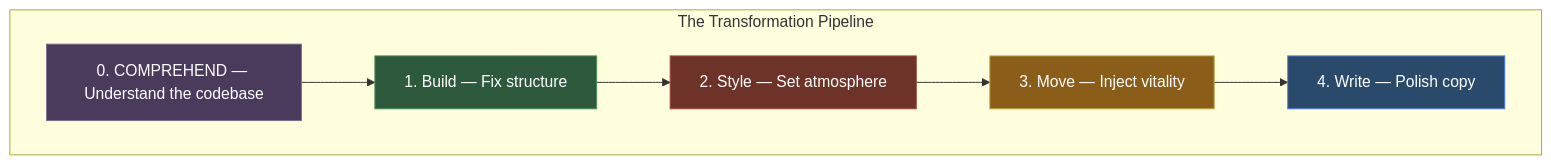
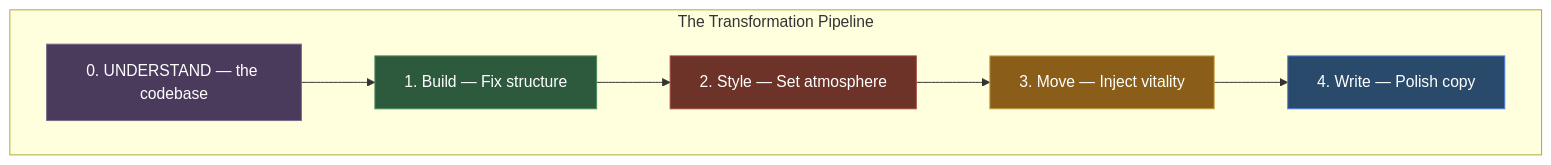
The third of 4 diagrams in README.md (akshansh/agentic-design-engineering), drawn with Mermaid before and after one commit. The commit also changed other lines of this file and 17 other files, not shown here.

First line of the commit message:
Rename Step 0 from Comprehend to Understand

````diff
--- a/README.md
+++ b/README.md
@@ -157,15 +157,15 @@
 ```mermaid
 graph TD
     subgraph "The Transformation Pipeline"
-        S0["0. COMPREHEND — Understand the codebase"] --> CL["1. Build — Fix structure"]
+        S0["0. UNDERSTAND — the codebase"] --> CL["1. Build — Fix structure"]
         CL --> PL["2. Style — Set atmosphere"]
         PL --> AL["3. Move — Inject vitality"]
         AL --> VO["4. Write — Polish copy"]
     end
 
     style S0 fill:#4a3a5c,stroke:#7a6a8c,color:#fff
     style CL fill:#2d5a3d,stroke:#4a8c5c,color:#fff
     style PL fill:#6e3328,stroke:#a04d3e,color:#fff
     style AL fill:#8a5d18,stroke:#c9a44a,color:#fff
     style VO fill:#2a4a6b,stroke:#5282ef,color:#fff
 ```
````
